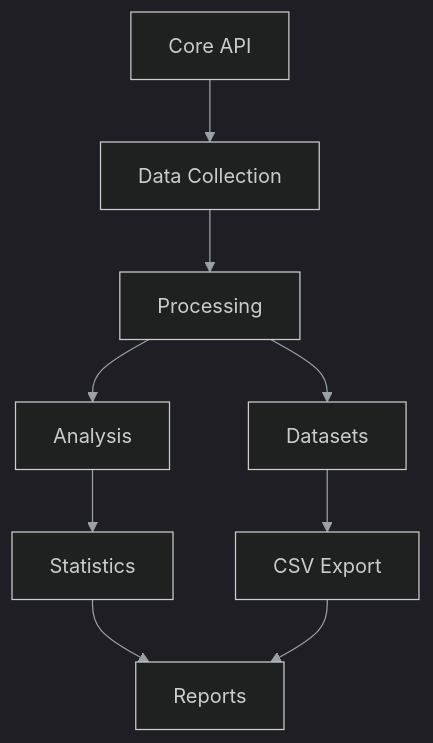
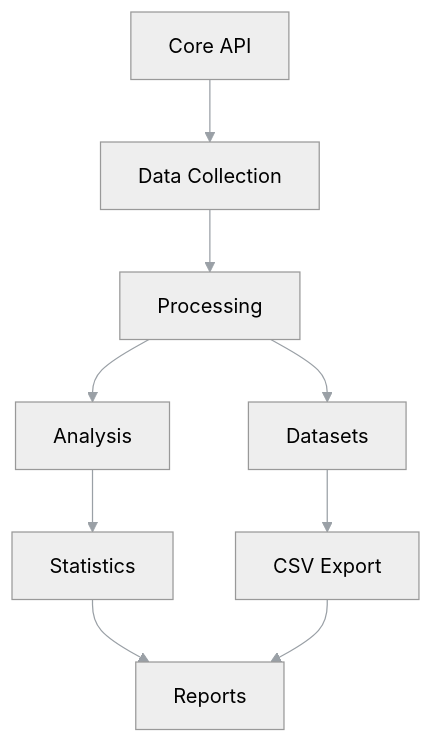
The third of 5 diagrams in docs/authoring/01_core/index.md (lukaszj321/otcv8-dev), drawn with Mermaid before and after one commit. The commit also changed other lines of this file and 19 other files, not shown here.

````diff
--- a/docs/authoring/01_core/index.md
+++ b/docs/authoring/01_core/index.md
@@ -149,13 +149,13 @@
 ```{mermaid}
-%%{init: { 'theme': 'dark', 'themeVariables': { 'primaryTextColor': '#ddd', 'lineColor': '#9aa0a6' } }}%%
+%%{init: { 'theme': 'neutral', 'themeVariables': { 'primaryTextColor': '#ddd', 'lineColor': '#9aa0a6' } }}%%
 graph TD
     A[Core API] --> B[Data Collection]
     B --> C[Processing]
     C --> D[Datasets]
     C --> E[Analysis]
     D --> F[CSV Export]
     E --> G[Statistics]
     G --> H[Reports]
     F --> H
 click Flow "./index.html#facet-01_core.flow" "Open flow"
 ```
````
